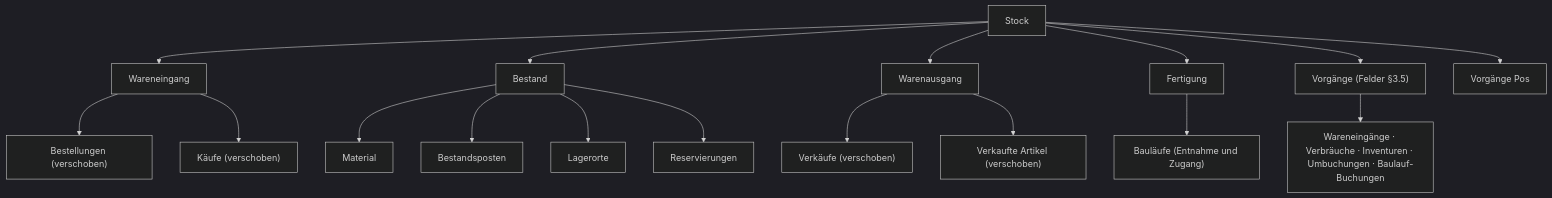
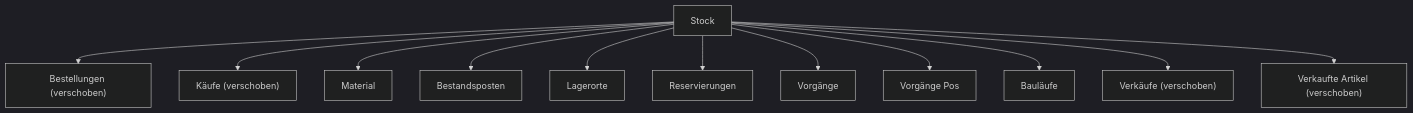
The third of 5 diagrams in docs/pakete/lager/konzept.md (sfambach/wp-taxonomy-modeler), drawn with Mermaid (dark theme) before and after one commit. The commit also changed other lines of this file and 2 other files, not shown here.

Commit message:
D-957: Stock branch flat, grouping belongs to the module's forms (F2)
Claude-Session: https://claude.ai/code/session_01Rycw1hKdomUPNruWeEorfe

````diff
--- a/docs/pakete/lager/konzept.md
+++ b/docs/pakete/lager/konzept.md
@@ -117,19 +119,14 @@
 ```mermaid
 flowchart TB
-  ST["Stock"] --> WE["Wareneingang"]
-  ST --> BS["Bestand"]
-  ST --> WA["Warenausgang"]
-  ST --> FE["Fertigung"]
-  WE --> BE["Bestellungen (verschoben)"]
-  WE --> KA["Käufe (verschoben)"]
-  BS --> LA["Material"]
-  BS --> BP["Bestandsposten"]
-  BS --> LO["Lagerorte"]
-  BS --> RS["Reservierungen"]
-  WA --> VE["Verkäufe (verschoben)"]
-  WA --> VA["Verkaufte Artikel (verschoben)"]
-  FE --> BL["Bauläufe (Entnahme und Zugang)"]
-  ST --> VG["Vorgänge (Felder §3.5)"]
-  VG --> V1["Wareneingänge · Verbräuche · Inventuren · Umbuchungen · Baulauf-Buchungen"]
+  ST["Stock"] --> BE["Bestellungen (verschoben)"]
+  ST --> KA["Käufe (verschoben)"]
+  ST --> LA["Material"]
+  ST --> BP["Bestandsposten"]
+  ST --> LO["Lagerorte"]
+  ST --> RS["Reservierungen"]
+  ST --> VG["Vorgänge"]
   ST --> VP["Vorgänge Pos"]
+  ST --> BL["Bauläufe"]
+  ST --> VE["Verkäufe (verschoben)"]
+  ST --> VA["Verkaufte Artikel (verschoben)"]
 ```
````
